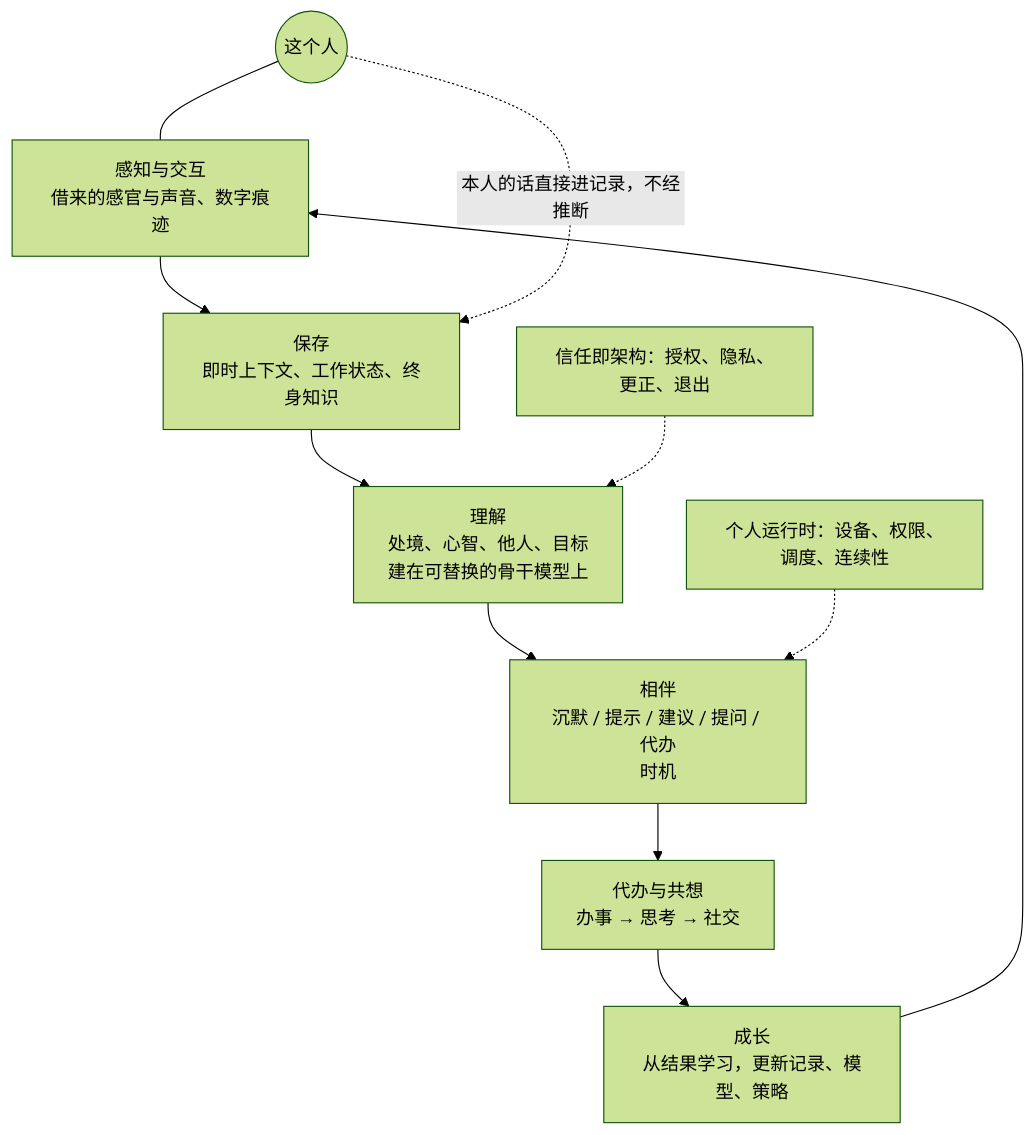
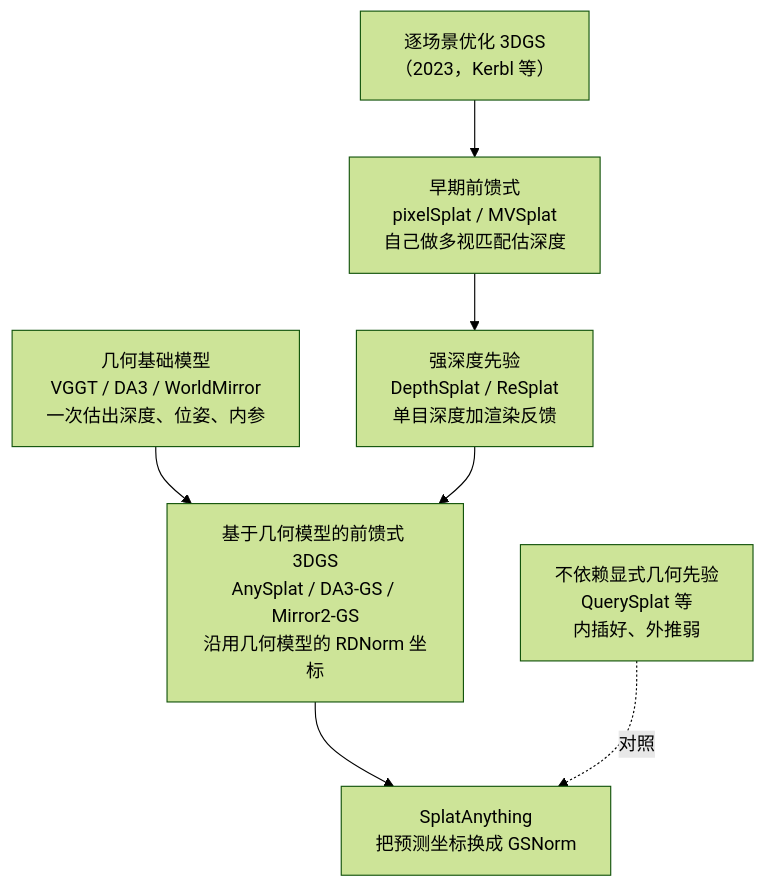
The first of 4 diagrams in docs/index.md (yingwang/paper-reads), drawn with Mermaid (forest theme) before and after one commit. The commit also changed other lines of this file and 2 other files, not shown here.

First line of the commit message:
Add 2026-11-09-splatanything-gaussian-spacing-normalization-feedforward-3dgs

````diff
--- a/docs/index.md
+++ b/docs/index.md
@@ -133,14 +78,9 @@
 ```mermaid
 flowchart TD
-    H(("这个人"))
-    S1["感知与交互<br/>借来的感官与声音、数字痕迹"] --> S2["保存<br/>即时上下文、工作状态、终身知识"]
-    S2 --> S3["理解<br/>处境、心智、他人、目标<br/>建在可替换的骨干模型上"]
-    S3 --> S4["相伴<br/>沉默 / 提示 / 建议 / 提问 / 代办<br/>时机"]
-    S4 --> S5["代办与共想<br/>办事 → 思考 → 社交"]
-    S5 --> S6["成长<br/>从结果学习，更新记录、模型、策略"]
-    S6 --> S1
-    H --- S1
-    H -. "本人的话直接进记录，不经推断" .-> S2
-    RT["个人运行时：设备、权限、调度、连续性"] -.-> S4
-    TR["信任即架构：授权、隐私、更正、退出"] -.-> S3
+    A["逐场景优化 3DGS<br/>（2023，Kerbl 等）"] --> B["早期前馈式<br/>pixelSplat / MVSplat<br/>自己做多视匹配估深度"]
+    B --> C["强深度先验<br/>DepthSplat / ReSplat<br/>单目深度加渲染反馈"]
+    D["几何基础模型<br/>VGGT / DA3 / WorldMirror<br/>一次估出深度、位姿、内参"] --> E["基于几何模型的前馈式 3DGS<br/>AnySplat / DA3-GS / Mirror2-GS<br/>沿用几何模型的 RDNorm 坐标"]
+    C --> E
+    E --> F["SplatAnything<br/>把预测坐标换成 GSNorm"]
+    G["不依赖显式几何先验<br/>QuerySplat 等<br/>内插好、外推弱"] -.对照.-> F
 ```
````
